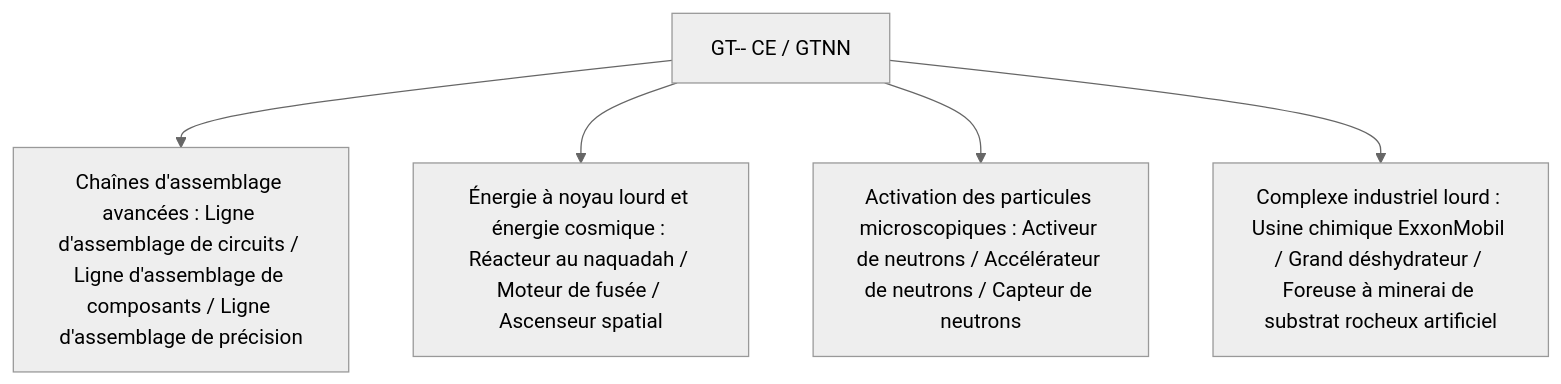
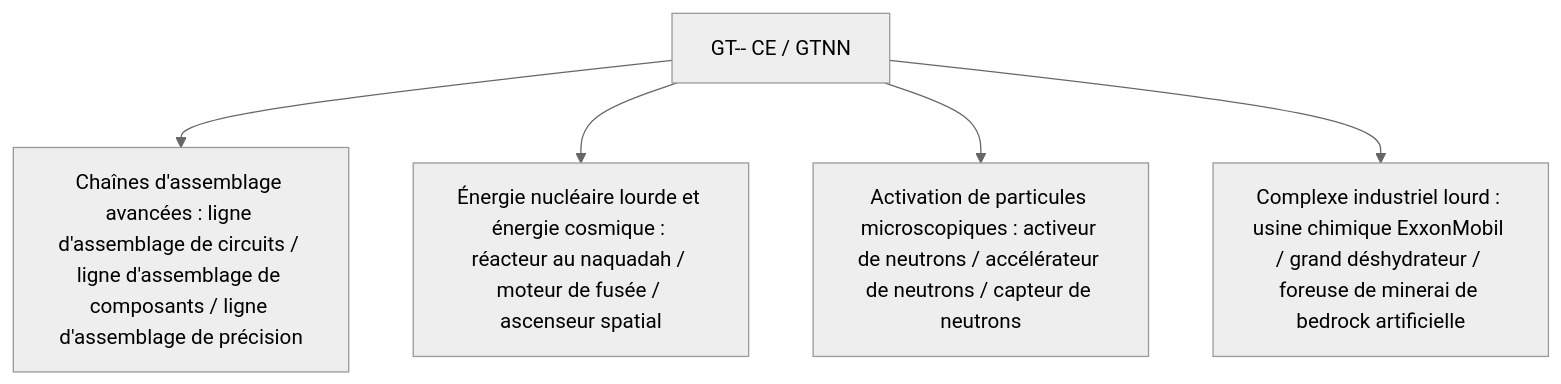
Before and after one commit to takanashisatou/GregtechEasy: the diagram in docs/fr/gt-minus-minus/index.md, drawn with Mermaid (neutral theme). The commit also changed other lines of this file and 138 other files, not shown here.

````diff
--- a/docs/fr/gt-minus-minus/index.md
+++ b/docs/fr/gt-minus-minus/index.md
@@ -12,7 +12,7 @@
 ```mermaid
 graph TD
-    A[GT-- CE / GTNN] --> B[Chaînes d'assemblage avancées : Ligne d'assemblage de circuits / Ligne d'assemblage de composants / Ligne d'assemblage de précision]
-    A --> C[Énergie à noyau lourd et énergie cosmique : Réacteur au naquadah / Moteur de fusée / Ascenseur spatial]
-    A --> D[Activation des particules microscopiques : Activeur de neutrons / Accélérateur de neutrons / Capteur de neutrons]
-    A --> E[Complexe industriel lourd : Usine chimique ExxonMobil / Grand déshydrateur / Foreuse à minerai de substrat rocheux artificiel]
+    A[GT-- CE / GTNN] --> B[Chaînes d'assemblage avancées : ligne d'assemblage de circuits / ligne d'assemblage de composants / ligne d'assemblage de précision]
+    A --> C[Énergie nucléaire lourde et énergie cosmique : réacteur au naquadah / moteur de fusée / ascenseur spatial]
+    A --> D[Activation de particules microscopiques : activeur de neutrons / accélérateur de neutrons / capteur de neutrons]
+    A --> E[Complexe industriel lourd : usine chimique ExxonMobil / grand déshydrateur / foreuse de minerai de bedrock artificielle]
 ```
````
